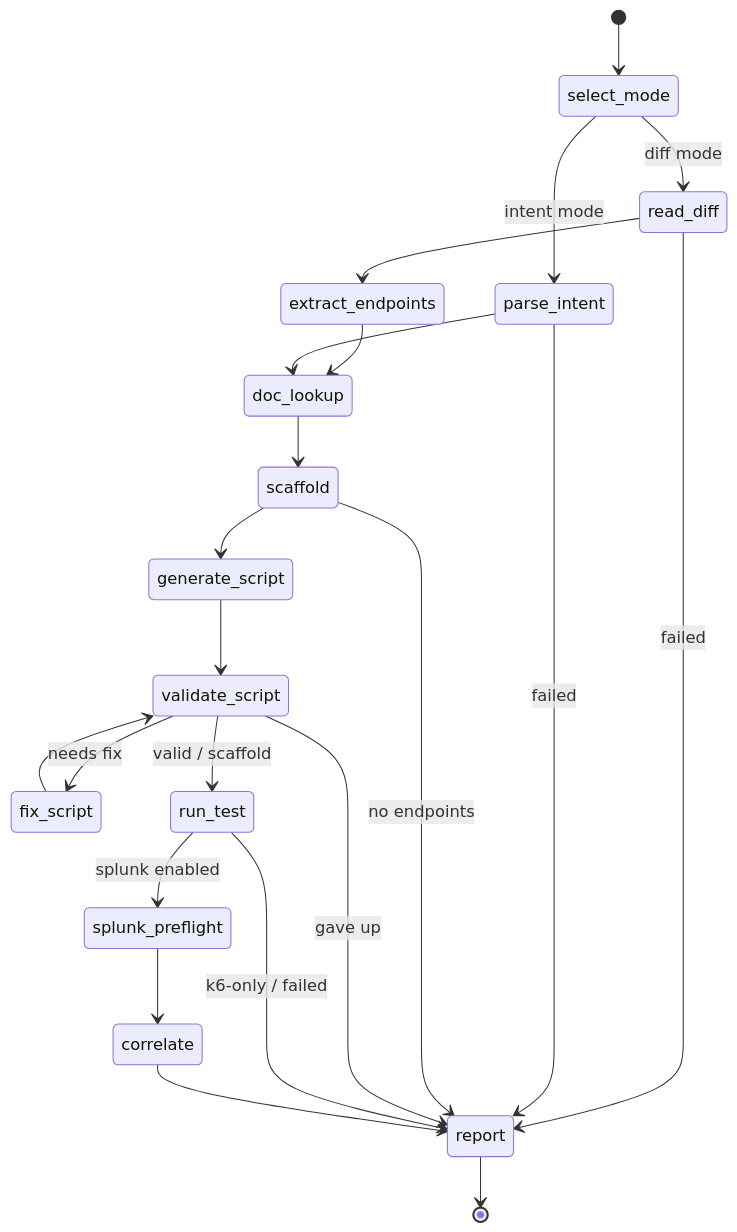
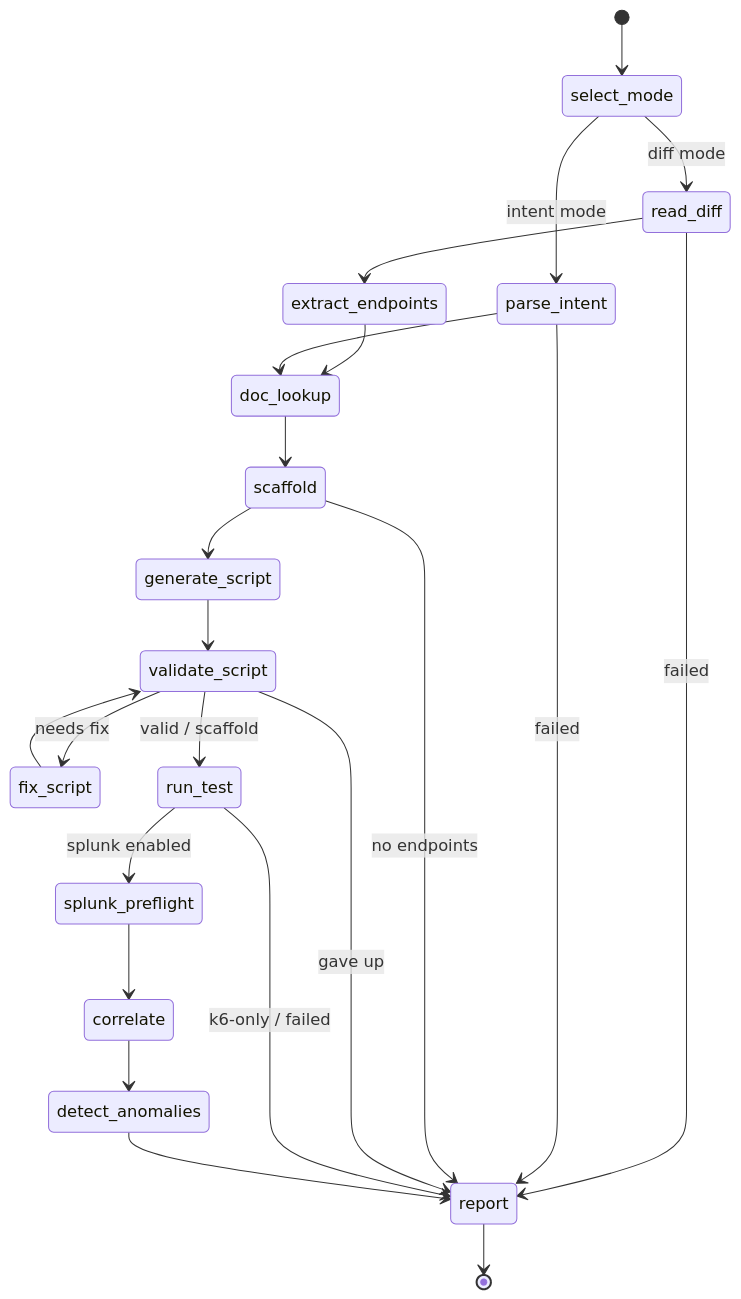
Before and after one commit to msradam/kassi: the diagram in README.md, drawn with Mermaid. The commit also changed other lines of this file and 7 other files, not shown here.

First line of the commit message:
feat: detect_anomalies phase runs Splunk predict + anomalydetection over the test window

````diff
--- a/README.md
+++ b/README.md
@@ -144,24 +144,25 @@
 ```mermaid
 stateDiagram-v2
     [*] --> select_mode
     select_mode --> read_diff: diff mode
     select_mode --> parse_intent: intent mode
     read_diff --> extract_endpoints
     read_diff --> report: failed
     extract_endpoints --> doc_lookup
     parse_intent --> doc_lookup
     parse_intent --> report: failed
     doc_lookup --> scaffold
     scaffold --> generate_script
     scaffold --> report: no endpoints
     generate_script --> validate_script
     validate_script --> fix_script: needs fix
     fix_script --> validate_script
     validate_script --> run_test: valid / scaffold
     validate_script --> report: gave up
     run_test --> splunk_preflight: splunk enabled
     run_test --> report: k6-only / failed
     splunk_preflight --> correlate
-    correlate --> report
+    correlate --> detect_anomalies
+    detect_anomalies --> report
     report --> [*]
 ```
````
